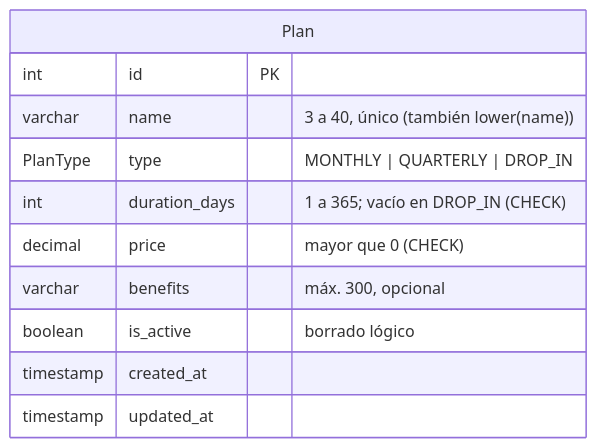
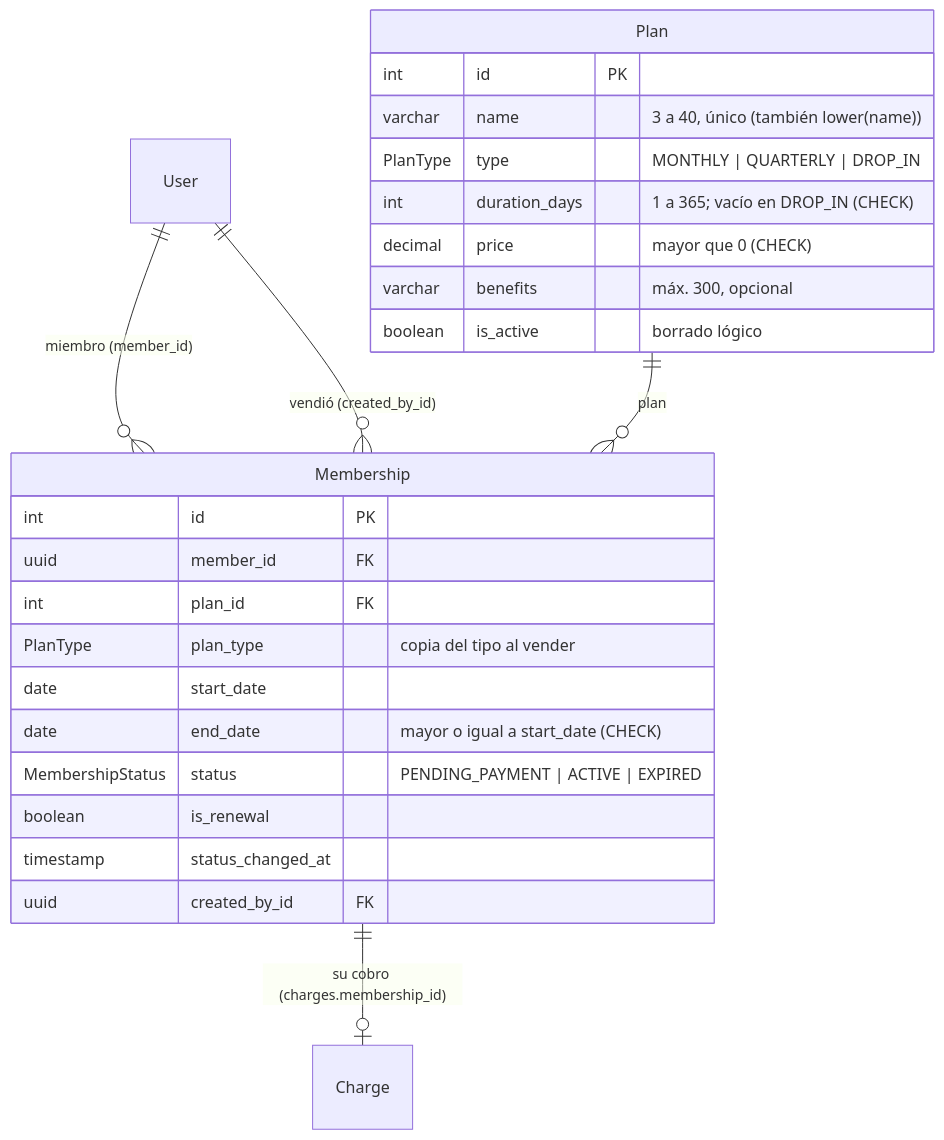
One commit to DaniloII09/gymhub changed the diagram in src/memberships/README.md. Above: the diagram before and after it, drawn with Mermaid. The commit also changed other lines of this file and 21 other files, not shown here.

Commit message:
add(H04): register membership purchases and drop-in sales, compute membership status and expire them daily

````diff
--- a/src/memberships/README.md
+++ b/src/memberships/README.md
@@ -47,14 +155,29 @@
 ```mermaid
 erDiagram
+    User ||--o{ Membership : "miembro (member_id)"
+    User ||--o{ Membership : "vendió (created_by_id)"
+    Plan ||--o{ Membership : "plan"
+    Membership ||--o| Charge : "su cobro (charges.membership_id)"
+
     Plan {
         int id PK
         varchar name "3 a 40, único (también lower(name))"
         PlanType type "MONTHLY | QUARTERLY | DROP_IN"
         int duration_days "1 a 365; vacío en DROP_IN (CHECK)"
         decimal price "mayor que 0 (CHECK)"
         varchar benefits "máx. 300, opcional"
         boolean is_active "borrado lógico"
-        timestamp created_at
-        timestamp updated_at
+    }
+    Membership {
+        int id PK
+        uuid member_id FK
+        int plan_id FK
+        PlanType plan_type "copia del tipo al vender"
+        date start_date
+        date end_date "mayor o igual a start_date (CHECK)"
+        MembershipStatus status "PENDING_PAYMENT | ACTIVE | EXPIRED"
+        boolean is_renewal
+        timestamp status_changed_at
+        uuid created_by_id FK
     }
 ```
````
